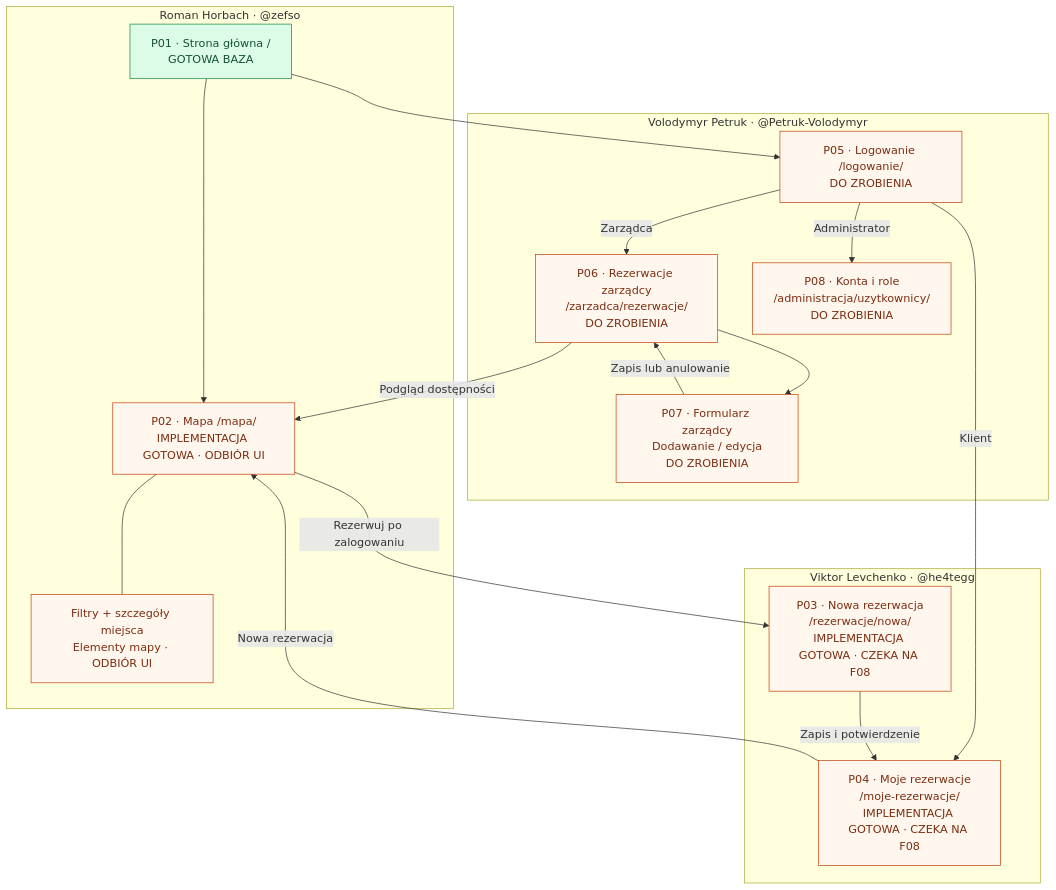
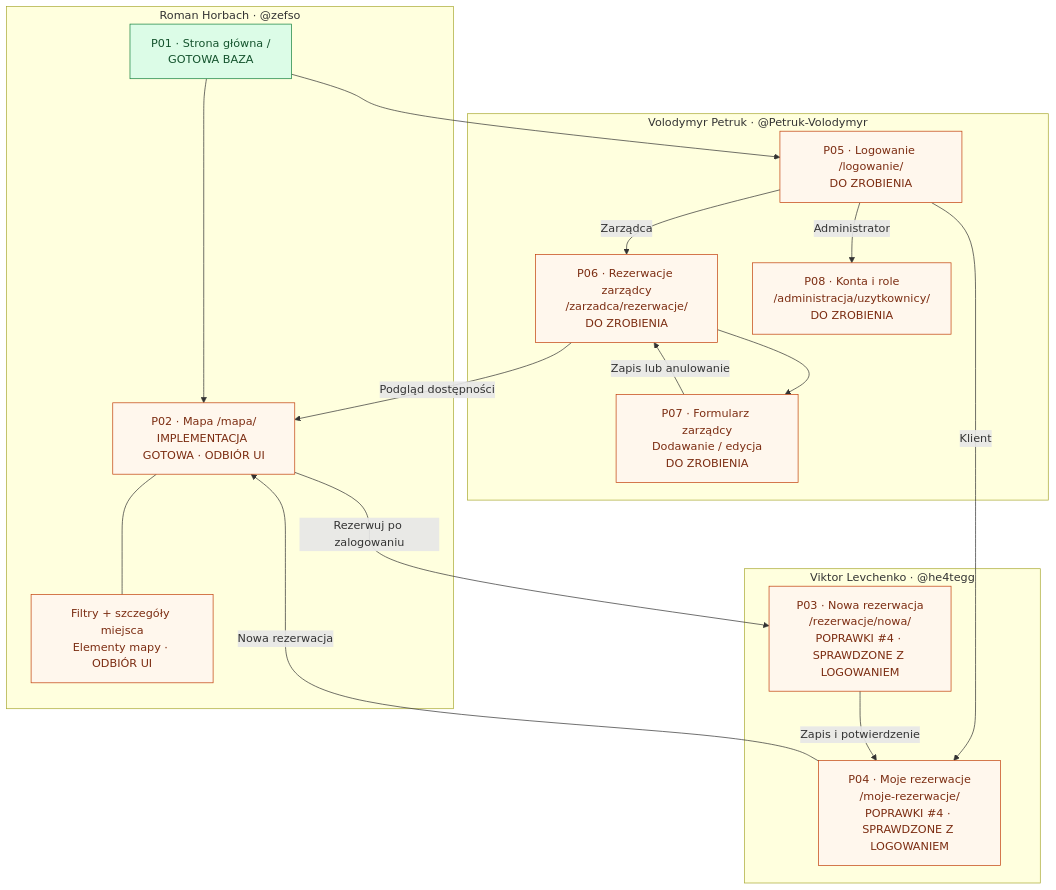
One commit to zefso/CoffinLikeCoffee changed the diagram in docs/mapa-stron.md. Above: the diagram before and after it, drawn with Mermaid. The commit also changed other lines of this file and 1 other file, not shown here.

````diff
--- a/docs/mapa-stron.md
+++ b/docs/mapa-stron.md
@@ -12,34 +12,34 @@
 ```mermaid
 flowchart TD
     subgraph roman["Roman Horbach · @zefso"]
         home["P01 · Strona główna /<br/>GOTOWA BAZA"]
         map["P02 · Mapa /mapa/<br/>IMPLEMENTACJA GOTOWA · ODBIÓR UI"]
         filters["Filtry + szczegóły miejsca<br/>Elementy mapy · ODBIÓR UI"]
     end
     subgraph viktor["Viktor Levchenko · @he4tegg"]
-        booking["P03 · Nowa rezerwacja<br/>/rezerwacje/nowa/<br/>IMPLEMENTACJA GOTOWA · CZEKA NA F08"]
-        mine["P04 · Moje rezerwacje<br/>/moje-rezerwacje/<br/>IMPLEMENTACJA GOTOWA · CZEKA NA F08"]
+        booking["P03 · Nowa rezerwacja<br/>/rezerwacje/nowa/<br/>POPRAWKI #4 · SPRAWDZONE Z LOGOWANIEM"]
+        mine["P04 · Moje rezerwacje<br/>/moje-rezerwacje/<br/>POPRAWKI #4 · SPRAWDZONE Z LOGOWANIEM"]
     end
     subgraph volodymyr["Volodymyr Petruk · @Petruk-Volodymyr"]
         login["P05 · Logowanie /logowanie/<br/>DO ZROBIENIA"]
         manager["P06 · Rezerwacje zarządcy<br/>/zarzadca/rezerwacje/<br/>DO ZROBIENIA"]
         edit["P07 · Formularz zarządcy<br/>Dodawanie / edycja<br/>DO ZROBIENIA"]
         accounts["P08 · Konta i role<br/>/administracja/uzytkownicy/<br/>DO ZROBIENIA"]
     end
     home --> map
     map --- filters
     map -->|Rezerwuj po zalogowaniu| booking
     home --> login
     login -->|Klient| mine
     login -->|Zarządca| manager
     login -->|Administrator| accounts
     booking -->|Zapis i potwierdzenie| mine
     mine -->|Nowa rezerwacja| map
     manager --> edit
     edit -->|Zapis lub anulowanie| manager
     manager -->|Podgląd dostępności| map
     classDef base fill:#dcfce7,stroke:#15803d,color:#14532d
     classDef todo fill:#fff7ed,stroke:#c2410c,color:#7c2d12
     class home base
     class map,filters,booking,mine,login,manager,edit,accounts todo
 ```
````
